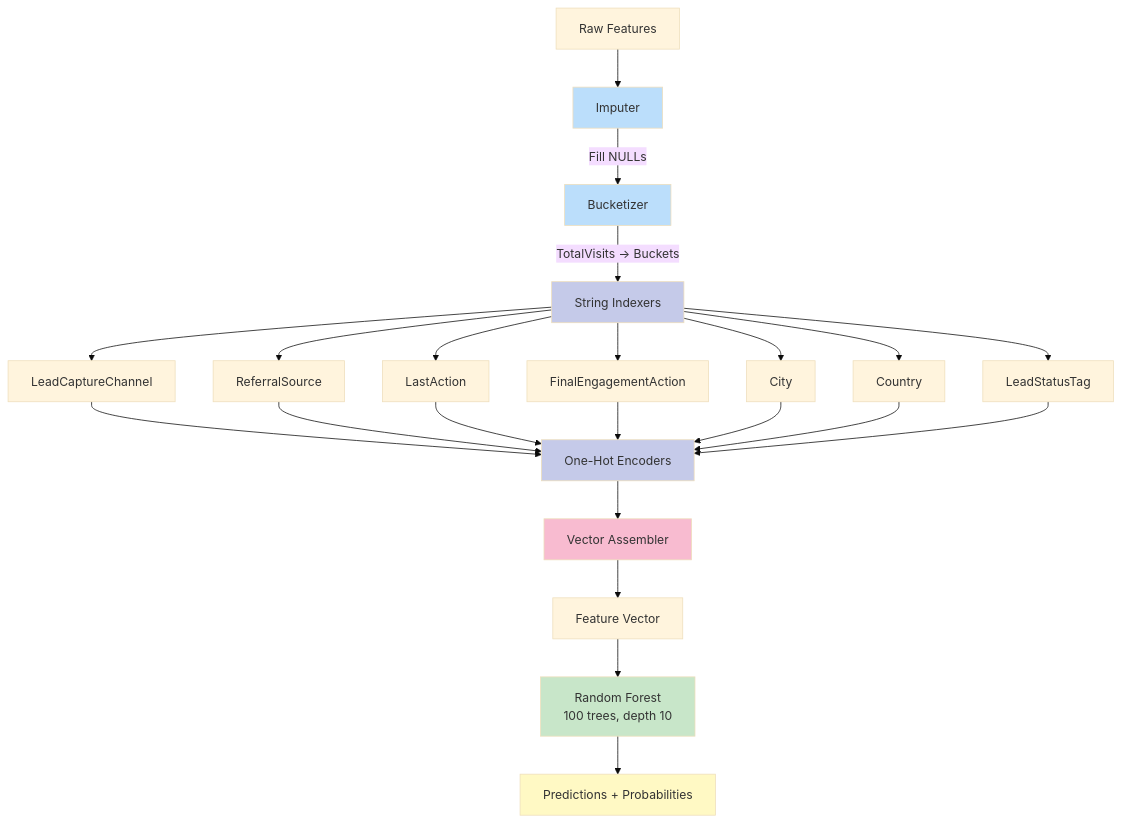
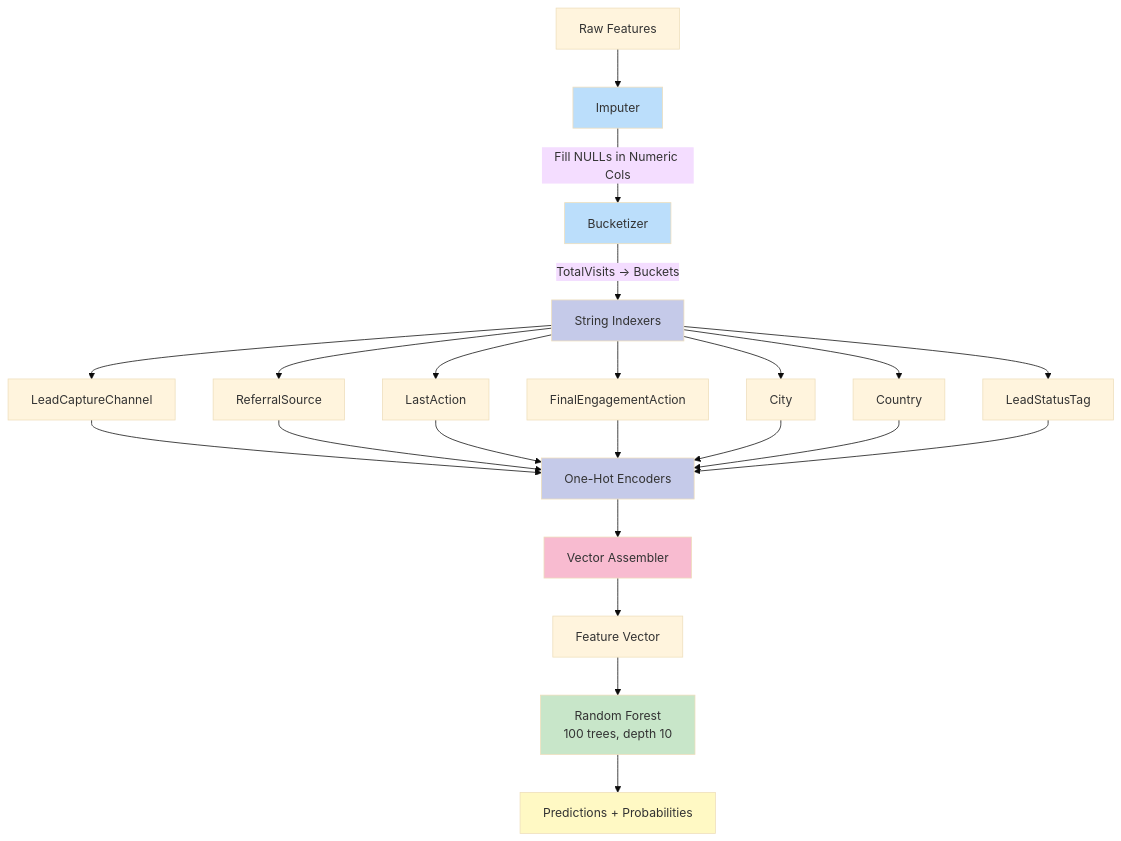
One commit to smiley-maker/realtime-lead-scoring changed the second of 6 diagrams in docs/architecture.md. Above: the diagram before and after it, drawn with Mermaid (base theme). The commit also changed other lines of this file and 4 other files, not shown here.

````diff
--- a/docs/architecture.md
+++ b/docs/architecture.md
@@ -68,35 +66,35 @@
 ```mermaid
 flowchart TD
     A[Raw Features] --> B[Imputer]
-    B -->|Fill NULLs| C[Bucketizer]
+    B -->|Fill NULLs in Numeric Cols| C[Bucketizer]
     C -->|TotalVisits → Buckets| D[String Indexers]
     
     D --> E[LeadCaptureChannel]
     D --> F[ReferralSource]
     D --> G[LastAction]
     D --> H[FinalEngagementAction]
     D --> I[City]
     D --> J[Country]
     D --> K[LeadStatusTag]
     
     E --> L[One-Hot Encoders]
     F --> L
     G --> L
     H --> L
     I --> L
     J --> L
     K --> L
     
     L --> M[Vector Assembler]
     M --> N[Feature Vector]
     N --> O[Random Forest<br/>100 trees, depth 10]
     O --> P[Predictions + Probabilities]
     
     style B fill:#bbdefb
     style C fill:#bbdefb
     style D fill:#c5cae9
     style L fill:#c5cae9
     style M fill:#f8bbd0
     style O fill:#c8e6c9
     style P fill:#fff9c4
 ```
````
